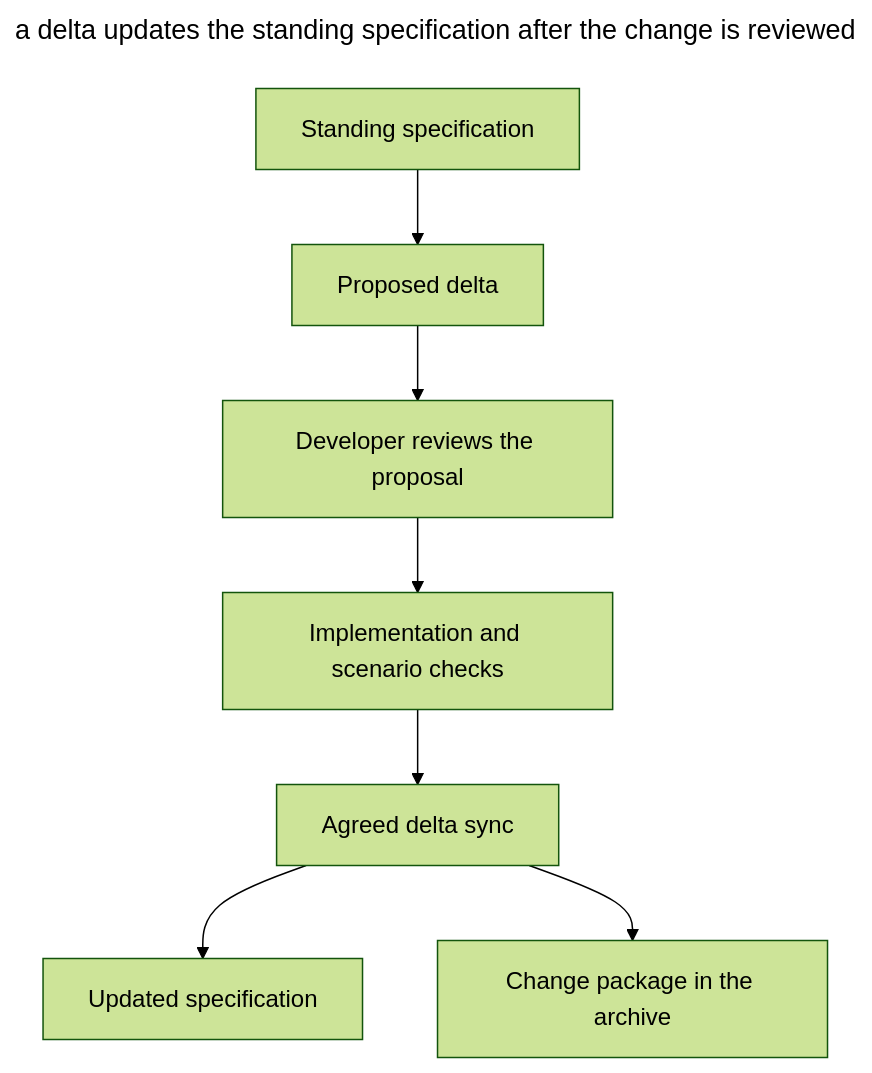
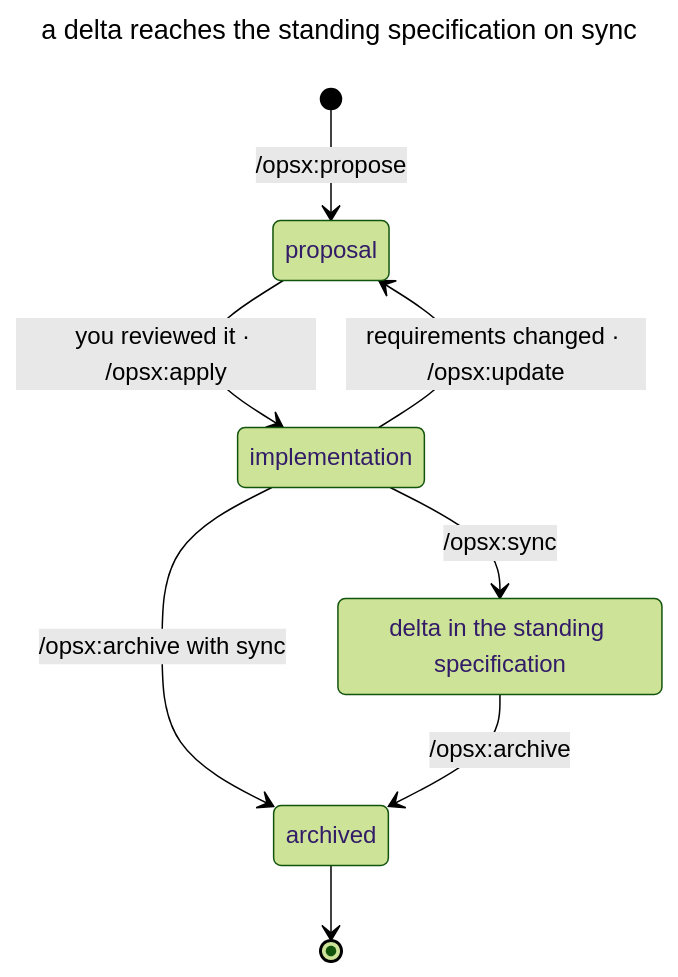
Before and after one commit to mokevnin/agentic-coding-design-patterns: the diagram in book/en/openspec.md, drawn with Mermaid (forest theme). The commit also changed other lines of this file and 11 other files, not shown here.

First line of the commit message:
docs: add state and git diagrams to four chapters

````diff
--- a/book/en/openspec.md
+++ b/book/en/openspec.md
@@ -46,12 +46,19 @@
 ```mermaid
 ---
-title: a delta updates the standing specification after the change is reviewed
+title: a delta reaches the standing specification on sync
 ---
-flowchart TB
-  base["Standing specification"] --> delta["Proposed delta"]
-  delta --> review["Developer reviews the proposal"]
-  review --> code["Implementation and scenario checks"]
-  code --> sync["Agreed delta sync"]:::accent
-  sync --> updated["Updated specification"]
-  sync --> archive["Change package in the archive"]
+stateDiagram-v2
+  direction TB
+  state "proposal" as proposed
+  state "implementation" as applying
+  state "delta in the standing specification" as synced
+  state "archived" as archived
+  class synced accent
+  [*] --> proposed: /opsx:propose
+  proposed --> applying: you reviewed it · /opsx:apply
+  applying --> proposed: requirements changed · /opsx:update
+  applying --> synced: /opsx:sync
+  applying --> archived: /opsx:archive with sync
+  synced --> archived: /opsx:archive
+  archived --> [*]
 ```
````
